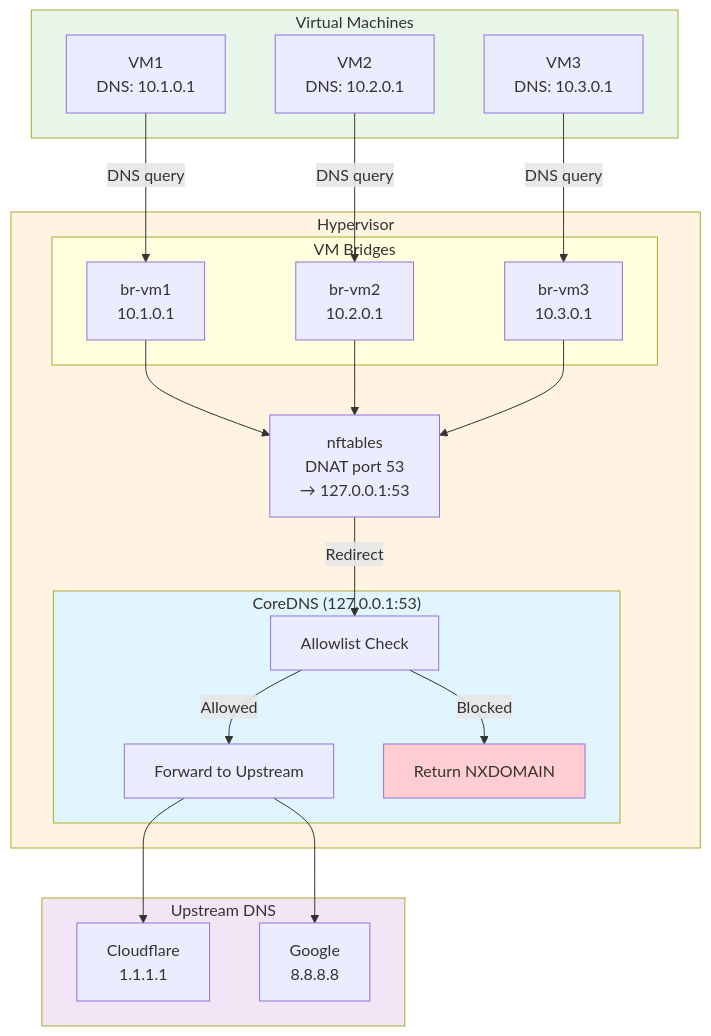
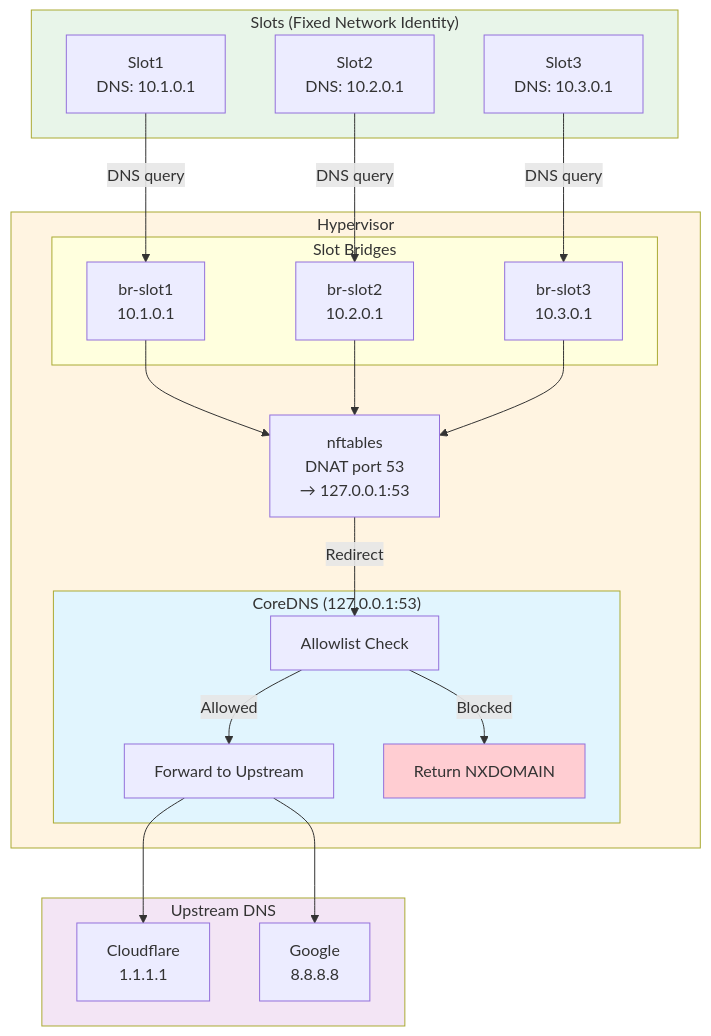
Before and after one commit to r33drichards/simple-microvm-infra: the eighth of 15 diagrams in NETWORK-TOPOLOGY.md, drawn with Mermaid. The commit also changed other lines of this file and 3 other files, not shown here.

First line of the commit message:
Update documentation for portable state architecture

````diff
--- a/NETWORK-TOPOLOGY.md
+++ b/NETWORK-TOPOLOGY.md
@@ -272,50 +272,50 @@
 ```mermaid
 graph TB
-    subgraph VMs["Virtual Machines"]
-        VM1["VM1<br/>DNS: 10.1.0.1"]
-        VM2["VM2<br/>DNS: 10.2.0.1"]
-        VM3["VM3<br/>DNS: 10.3.0.1"]
+    subgraph Slots["Slots (Fixed Network Identity)"]
+        Slot1["Slot1<br/>DNS: 10.1.0.1"]
+        Slot2["Slot2<br/>DNS: 10.2.0.1"]
+        Slot3["Slot3<br/>DNS: 10.3.0.1"]
     end
 
     subgraph Hypervisor["Hypervisor"]
-        subgraph Bridges["VM Bridges"]
-            BR1["br-vm1<br/>10.1.0.1"]
-            BR2["br-vm2<br/>10.2.0.1"]
-            BR3["br-vm3<br/>10.3.0.1"]
+        subgraph Bridges["Slot Bridges"]
+            BR1["br-slot1<br/>10.1.0.1"]
+            BR2["br-slot2<br/>10.2.0.1"]
+            BR3["br-slot3<br/>10.3.0.1"]
         end
 
         NFT["nftables<br/>DNAT port 53<br/>→ 127.0.0.1:53"]
 
         subgraph CoreDNS["CoreDNS (127.0.0.1:53)"]
             Allowlist["Allowlist Check"]
             Forward["Forward to Upstream"]
             Deny["Return NXDOMAIN"]
         end
     end
 
     subgraph Upstream["Upstream DNS"]
         CF["Cloudflare<br/>1.1.1.1"]
         Google["Google<br/>8.8.8.8"]
     end
 
-    VM1 -->|DNS query| BR1
-    VM2 -->|DNS query| BR2
-    VM3 -->|DNS query| BR3
+    Slot1 -->|DNS query| BR1
+    Slot2 -->|DNS query| BR2
+    Slot3 -->|DNS query| BR3
 
     BR1 --> NFT
     BR2 --> NFT
     BR3 --> NFT
 
     NFT -->|Redirect| Allowlist
     Allowlist -->|Allowed| Forward
     Allowlist -->|Blocked| Deny
 
     Forward --> CF
     Forward --> Google
 
-    style VMs fill:#e8f5e9
+    style Slots fill:#e8f5e9
     style Hypervisor fill:#fff4e1
     style CoreDNS fill:#e1f5fe
     style Upstream fill:#f3e5f5
     style Deny fill:#ffcdd2
 ```
````
